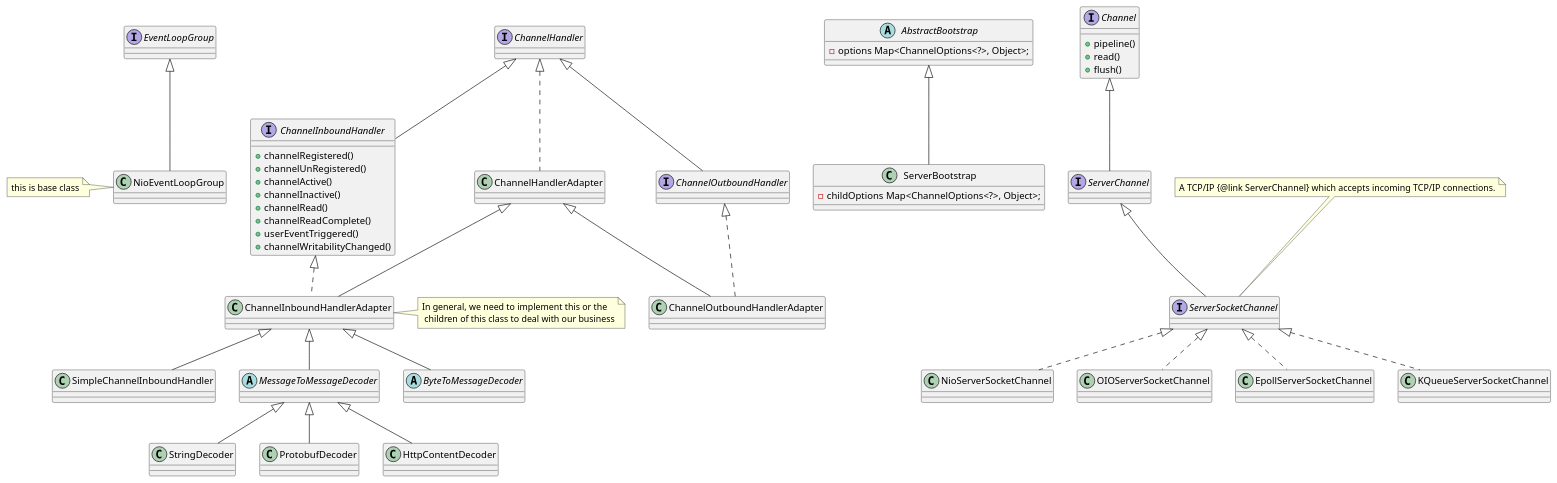
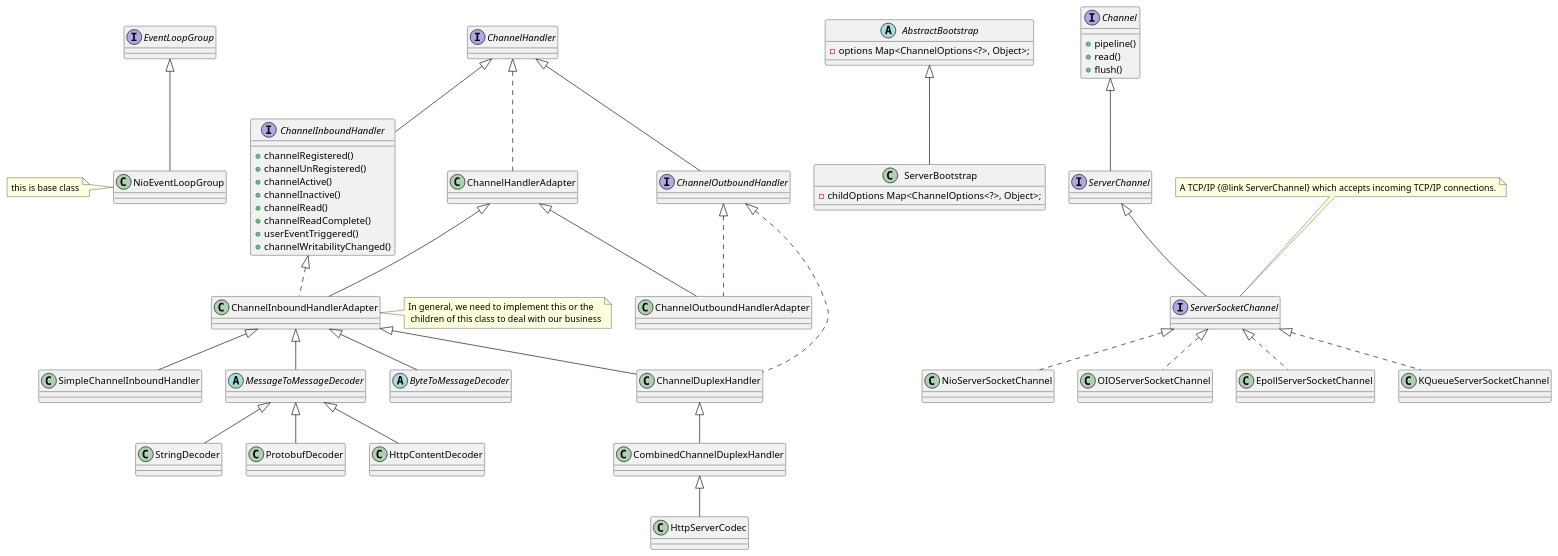
The diagram in netty.puml (loversugar/netty-learning), drawn with PlantUML before and after one commit. The commit also changed 1 other file, not shown here.

Commit message:
begin to analyze the process of HttpServerCodec

```diff
--- a/netty.puml
+++ b/netty.puml
@@ -1,78 +1,82 @@
 @startuml
 interface EventLoopGroup
 class NioEventLoopGroup {
 }
 
 note left of NioEventLoopGroup: this is base class
 EventLoopGroup <|-- NioEventLoopGroup
 
 abstract AbstractBootstrap {
     -options Map<ChannelOptions<?>, Object>;
 }
 class ServerBootstrap {
     -childOptions Map<ChannelOptions<?>, Object>;
 }
 AbstractBootstrap <|-- ServerBootstrap
 
 interface Channel {
     +pipeline()
     +read()
     +flush()
 }
 interface ServerChannel
 interface ServerSocketChannel
 note top of ServerSocketChannel: A TCP/IP {@link ServerChannel} which accepts incoming TCP/IP connections.
 
 class NioServerSocketChannel
 class OIOServerSocketChannel
 class EpollServerSocketChannel
 class KQueueServerSocketChannel
 
 Channel <|-- ServerChannel
 ServerChannel <|-- ServerSocketChannel
 ServerSocketChannel <|.. NioServerSocketChannel
 ServerSocketChannel <|.. OIOServerSocketChannel
 ServerSocketChannel <|.. EpollServerSocketChannel
 ServerSocketChannel <|.. KQueueServerSocketChannel
 
 interface ChannelHandler
 class ChannelHandlerAdapter
 interface ChannelOutboundHandler
 interface ChannelInboundHandler {
     +channelRegistered()
     +channelUnRegistered()
     +channelActive()
     +channelInactive()
     +channelRead()
     +channelReadComplete()
     +userEventTriggered()
     +channelWritabilityChanged()
 }
 class ChannelOutboundHandlerAdapter
 
 class ChannelInboundHandlerAdapter
 class SimpleChannelInboundHandler
 abstract class MessageToMessageDecoder
 class StringDecoder
 class ProtobufDecoder
 class HttpContentDecoder
 abstract class ByteToMessageDecoder
 
 note right of ChannelInboundHandlerAdapter: In general, we need to implement this or the \n children of this class to deal with our business
 
 ChannelHandler <|.. ChannelHandlerAdapter
 ChannelHandler <|-- ChannelOutboundHandler
 ChannelHandler <|-- ChannelInboundHandler
 ChannelHandlerAdapter <|-- ChannelOutboundHandlerAdapter
 ChannelHandlerAdapter <|-- ChannelInboundHandlerAdapter
 ChannelInboundHandler <|.. ChannelInboundHandlerAdapter
 ChannelOutboundHandler <|.. ChannelOutboundHandlerAdapter
 ChannelInboundHandlerAdapter <|-- SimpleChannelInboundHandler
 ChannelInboundHandlerAdapter <|-- MessageToMessageDecoder
 MessageToMessageDecoder <|-- StringDecoder
 MessageToMessageDecoder <|-- ProtobufDecoder
 MessageToMessageDecoder <|-- HttpContentDecoder
 ChannelInboundHandlerAdapter <|-- ByteToMessageDecoder
 
+CombinedChannelDuplexHandler <|-- HttpServerCodec
+ChannelDuplexHandler <|-- CombinedChannelDuplexHandler
+ChannelInboundHandlerAdapter <|-- ChannelDuplexHandler
+ChannelOutboundHandler <|.. ChannelDuplexHandler
 
 @enduml
```
